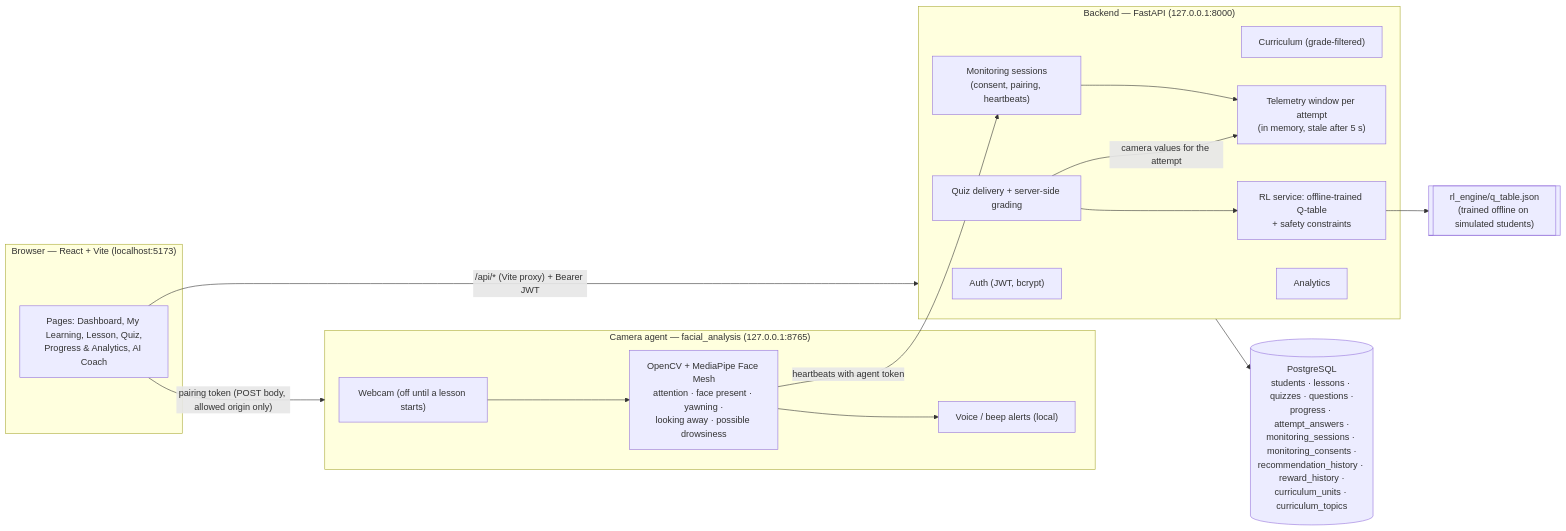
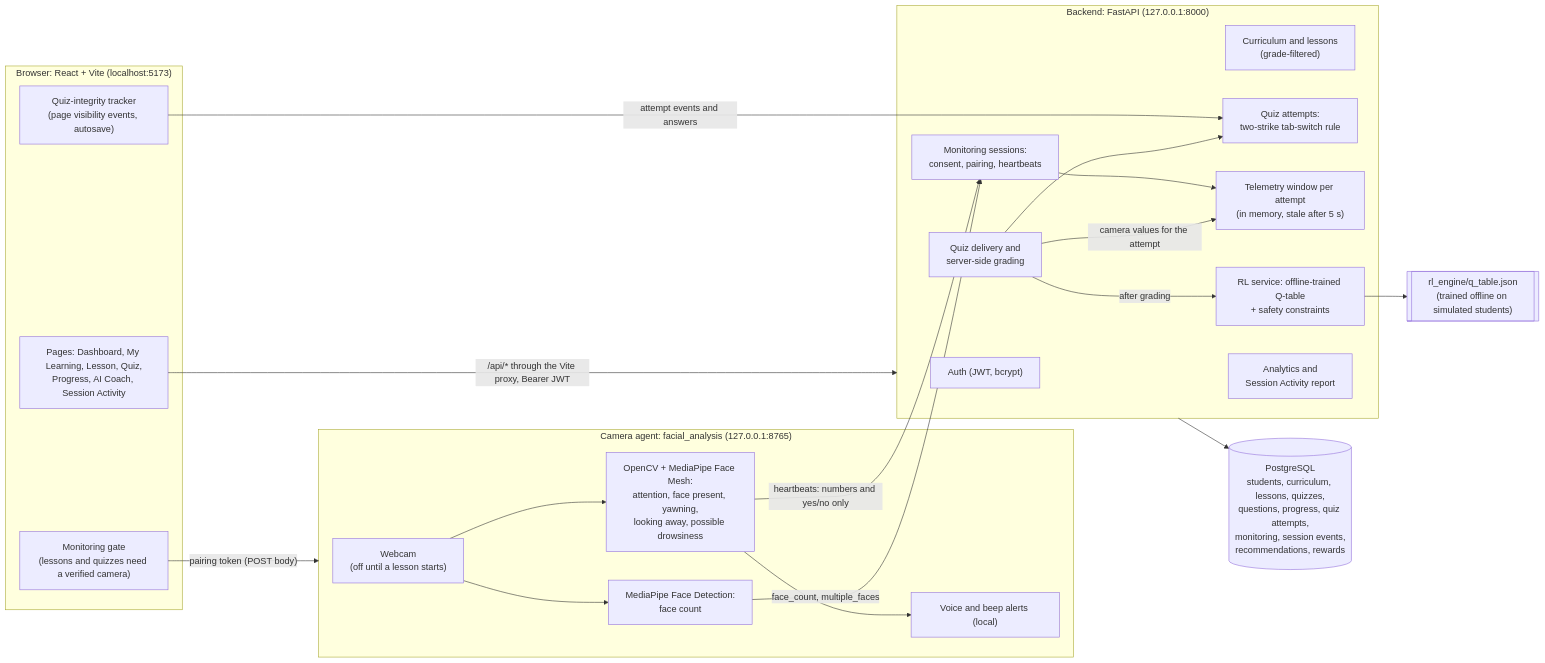
The diagram in docs/ARCHITECTURE.md (tejasnayak24/Adaptive_learning_system), drawn with Mermaid before and after one commit. The commit also changed other lines of this file and 18 other files, not shown here.

````diff
--- a/docs/ARCHITECTURE.md
+++ b/docs/ARCHITECTURE.md
@@ -7,35 +8,44 @@
 ```mermaid
 flowchart LR
-    subgraph Browser["Browser — React + Vite (localhost:5173)"]
-        UI["Pages: Dashboard, My Learning, Lesson, Quiz,<br/>Progress & Analytics, AI Coach"]
+    subgraph Browser["Browser: React + Vite (localhost:5173)"]
+        UI["Pages: Dashboard, My Learning, Lesson, Quiz,<br/>Progress, AI Coach, Session Activity"]
+        GATE["Monitoring gate<br/>(lessons and quizzes need a verified camera)"]
+        TRACK["Quiz-integrity tracker<br/>(page visibility events, autosave)"]
     end
 
-    subgraph Agent["Camera agent — facial_analysis (127.0.0.1:8765)"]
-        CAM["Webcam (off until a lesson starts)"]
-        FP["OpenCV + MediaPipe Face Mesh<br/>attention · face present · yawning ·<br/>looking away · possible drowsiness"]
-        VOICE["Voice / beep alerts (local)"]
-        CAM --> FP --> VOICE
+    subgraph Agent["Camera agent: facial_analysis (127.0.0.1:8765)"]
+        CAM["Webcam<br/>(off until a lesson starts)"]
+        FP["OpenCV + MediaPipe Face Mesh:<br/>attention, face present, yawning,<br/>looking away, possible drowsiness"]
+        FC["MediaPipe Face Detection:<br/>face count"]
+        VOICE["Voice and beep alerts (local)"]
+        CAM --> FP
+        CAM --> FC
+        FP --> VOICE
     end
 
-    subgraph API["Backend — FastAPI (127.0.0.1:8000)"]
+    subgraph API["Backend: FastAPI (127.0.0.1:8000)"]
         AUTH["Auth (JWT, bcrypt)"]
-        CUR["Curriculum (grade-filtered)"]
-        QUIZ["Quiz delivery + server-side grading"]
-        MON["Monitoring sessions<br/>(consent, pairing, heartbeats)"]
+        CUR["Curriculum and lessons<br/>(grade-filtered)"]
+        QUIZ["Quiz delivery and<br/>server-side grading"]
+        ATT["Quiz attempts:<br/>two-strike tab-switch rule"]
+        MON["Monitoring sessions:<br/>consent, pairing, heartbeats"]
         TEL["Telemetry window per attempt<br/>(in memory, stale after 5 s)"]
         RL["RL service: offline-trained Q-table<br/>+ safety constraints"]
-        AN["Analytics"]
+        AN["Analytics and<br/>Session Activity report"]
     end
 
-    DB[("PostgreSQL<br/>students · lessons · quizzes · questions ·<br/>progress · attempt_answers ·<br/>monitoring_sessions · monitoring_consents ·<br/>recommendation_history · reward_history ·<br/>curriculum_units · curriculum_topics")]
+    DB[("PostgreSQL<br/>students, curriculum, lessons, quizzes,<br/>questions, progress, quiz attempts,<br/>monitoring, session events,<br/>recommendations, rewards")]
     QT[["rl_engine/q_table.json<br/>(trained offline on simulated students)"]]
 
-    UI -- "/api/* (Vite proxy) + Bearer JWT" --> API
-    UI -- "pairing token (POST body, allowed origin only)" --> Agent
-    FP -- "heartbeats with agent token" --> MON
+    UI -- "/api/* through the Vite proxy, Bearer JWT" --> API
+    TRACK -- "attempt events and answers" --> ATT
+    GATE -- "pairing token (POST body)" --> Agent
+    FP -- "heartbeats: numbers and yes/no only" --> MON
+    FC -- "face_count, multiple_faces" --> MON
     MON --> TEL
     QUIZ -- "camera values for the attempt" --> TEL
-    QUIZ --> RL
+    QUIZ --> ATT
+    QUIZ -- "after grading" --> RL
     RL --> QT
     API --> DB
 ```
````
